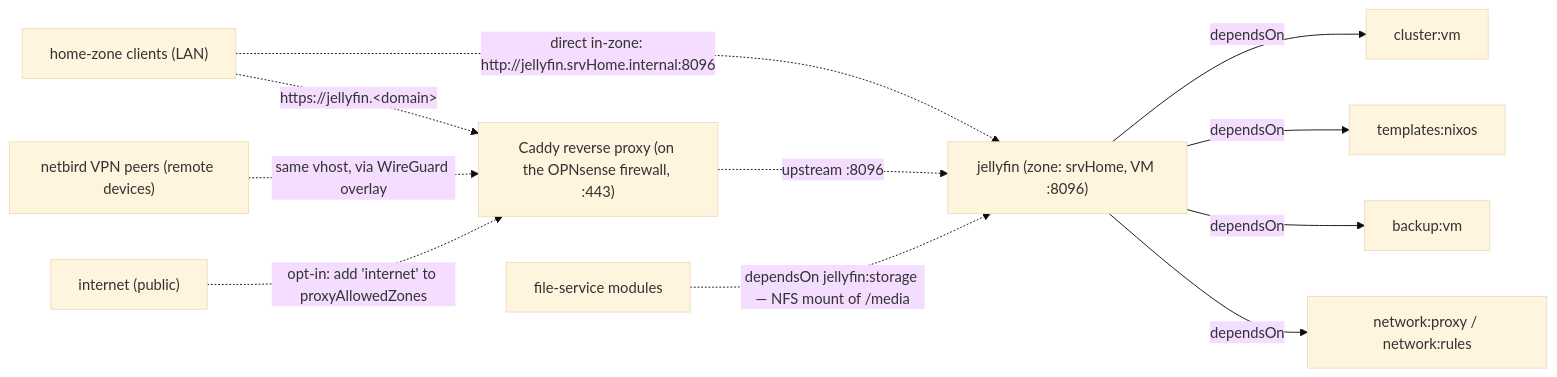
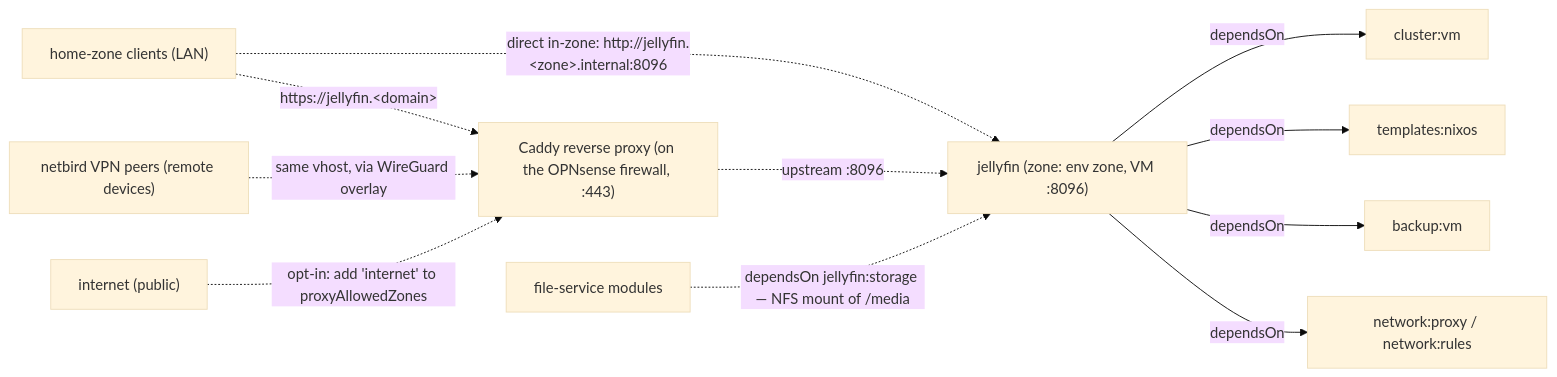
The diagram in src/home/jellyfin/README.md (TAPPaaS/TAPPaaS), drawn with Mermaid (base theme) before and after one commit. The commit also changed other lines of this file and 5 other files, not shown here.

First line of the commit message:
fix(home): immich/jellyfin land in the environment's zone

````diff
--- a/src/home/jellyfin/README.md
+++ b/src/home/jellyfin/README.md
@@ -87,26 +87,26 @@
 ```mermaid
 graph LR
-    jellyfin["jellyfin (zone: srvHome, VM :8096)"]
+    jellyfin["jellyfin (zone: env zone, VM :8096)"]
     cluster["cluster:vm"]
     templates["templates:nixos"]
     backup["backup:vm"]
     netproxy["network:proxy / network:rules"]
     caddy["Caddy reverse proxy (on the OPNsense firewall, :443)"]
     homeclients["home-zone clients (LAN)"]
     vpnpeers["netbird VPN peers (remote devices)"]
     internet["internet (public)"]
     fileservice["file-service modules"]
 
     jellyfin -->|dependsOn| cluster
     jellyfin -->|dependsOn| templates
     jellyfin -->|dependsOn| backup
     jellyfin -->|dependsOn| netproxy
 
     homeclients -.->|"https://jellyfin.&lt;domain&gt;"| caddy
-    homeclients -.->|"direct in-zone: http://jellyfin.srvHome.internal:8096"| jellyfin
+    homeclients -.->|"direct in-zone: http://jellyfin.&lt;zone&gt;.internal:8096"| jellyfin
     vpnpeers -.->|"same vhost, via WireGuard overlay"| caddy
     internet -.->|"opt-in: add 'internet' to proxyAllowedZones"| caddy
     caddy -.->|"upstream :8096"| jellyfin
 
     fileservice -.->|"dependsOn jellyfin:storage — NFS mount of /media"| jellyfin
 ```
````
